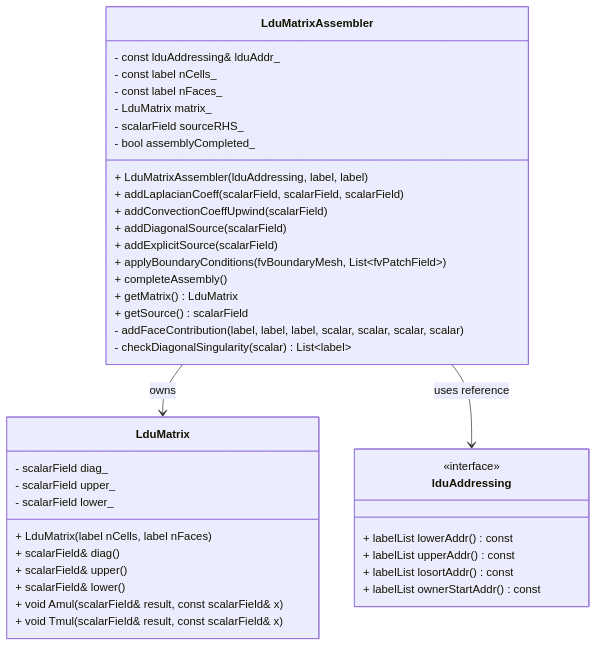
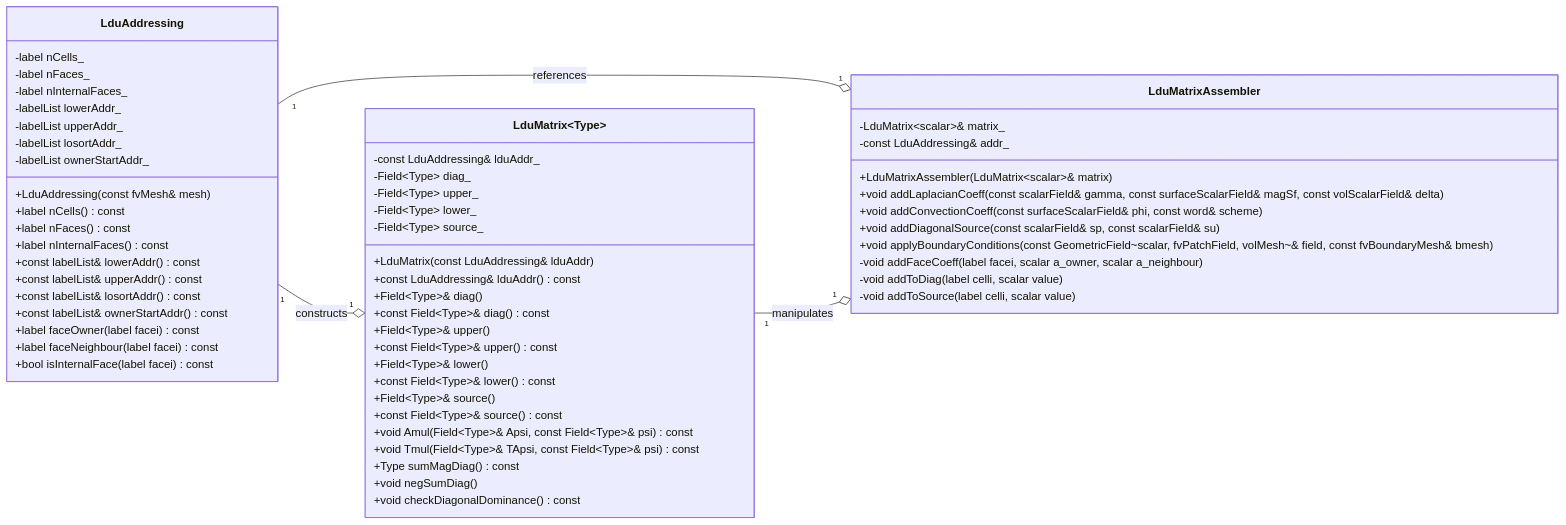
Before and after one commit to wramet/build-my-cfd: the diagram in daily_learning/Phase_01_Foundation_Theory/2026-01-07.md, drawn with Mermaid. The commit also changed other lines of this file and 12 other files, not shown here.

````diff
--- a/daily_learning/Phase_01_Foundation_Theory/2026-01-07.md
+++ b/daily_learning/Phase_01_Foundation_Theory/2026-01-07.md
@@ -1153,45 +694,64 @@
 ```mermaid
 classDiagram
-    class LduMatrixAssembler {
-        - const lduAddressing& lduAddr_
-        - const label nCells_
-        - const label nFaces_
-        - LduMatrix matrix_
-        - scalarField sourceRHS_
-        - bool assemblyCompleted_
-        + LduMatrixAssembler(lduAddressing, label, label)
-        + addLaplacianCoeff(scalarField, scalarField, scalarField)
-        + addConvectionCoeffUpwind(scalarField)
-        + addDiagonalSource(scalarField)
-        + addExplicitSource(scalarField)
-        + applyBoundaryConditions(fvBoundaryMesh, List~fvPatchField~)
-        + completeAssembly()
-        + getMatrix() LduMatrix
-        + getSource() scalarField
-        - addFaceContribution(label, label, label, scalar, scalar, scalar, scalar)
-        - checkDiagonalSingularity(scalar) List~label~
+    direction LR
+    class LduAddressing {
+        -label nCells_
+        -label nFaces_
+        -label nInternalFaces_
+        -labelList lowerAddr_
+        -labelList upperAddr_
+        -labelList losortAddr_
+        -labelList ownerStartAddr_
+        +LduAddressing(const fvMesh& mesh)
+        +label nCells() const
+        +label nFaces() const
+        +label nInternalFaces() const
+        +const labelList& lowerAddr() const
+        +const labelList& upperAddr() const
+        +const labelList& losortAddr() const
+        +const labelList& ownerStartAddr() const
+        +label faceOwner(label facei) const
+        +label faceNeighbour(label facei) const
+        +bool isInternalFace(label facei) const
     }
 
-    class LduMatrix {
-        - scalarField diag_
-        - scalarField upper_
-        - scalarField lower_
-        + LduMatrix(label nCells, label nFaces)
-        + scalarField& diag()
-        + scalarField& upper()
-        + scalarField& lower()
-        + void Amul(scalarField& result, const scalarField& x)
-        + void Tmul(scalarField& result, const scalarField& x)
+    class LduMatrix~Type~ {
+        -const LduAddressing& lduAddr_
+        -Field~Type~ diag_
+        -Field~Type~ upper_
+        -Field~Type~ lower_
+        -Field~Type~ source_
+        +LduMatrix(const LduAddressing& lduAddr)
+        +const LduAddressing& lduAddr() const
+        +Field~Type~& diag()
+        +const Field~Type~& diag() const
+        +Field~Type~& upper()
+        +const Field~Type~& upper() const
+        +Field~Type~& lower()
+        +const Field~Type~& lower() const
+        +Field~Type~& source()
+        +const Field~Type~& source() const
+        +void Amul(Field~Type~& Apsi, const Field~Type~& psi) const
+        +void Tmul(Field~Type~& TApsi, const Field~Type~& psi) const
+        +Type sumMagDiag() const
+        +void negSumDiag()
+        +void checkDiagonalDominance() const
     }
 
-    class lduAddressing {
-        <<interface>>
-        + labelList lowerAddr() const
-        + labelList upperAddr() const
-        + labelList losortAddr() const
-        + labelList ownerStartAddr() const
+    class LduMatrixAssembler {
+        -LduMatrix~scalar~& matrix_
+        -const LduAddressing& addr_
+        +LduMatrixAssembler(LduMatrix~scalar~& matrix)
+        +void addLaplacianCoeff(const scalarField& gamma, const surfaceScalarField& magSf, const volScalarField& delta)
+        +void addConvectionCoeff(const surfaceScalarField& phi, const word& scheme)
+        +void addDiagonalSource(const scalarField& sp, const scalarField& su)
+        +void applyBoundaryConditions(const GeometricField~scalar, fvPatchField, volMesh~& field, const fvBoundaryMesh& bmesh)
+        -void addFaceCoeff(label facei, scalar a_owner, scalar a_neighbour)
+        -void addToDiag(label celli, scalar value)
+        -void addToSource(label celli, scalar value)
     }
 
-    LduMatrixAssembler --> LduMatrix : owns
-    LduMatrixAssembler --> lduAddressing : uses reference
+    LduAddressing "1" --o "1" LduMatrix : constructs
+    LduAddressing "1" --o "1" LduMatrixAssembler : references
+    LduMatrix "1" --o "1" LduMatrixAssembler : manipulates
 ```
````
